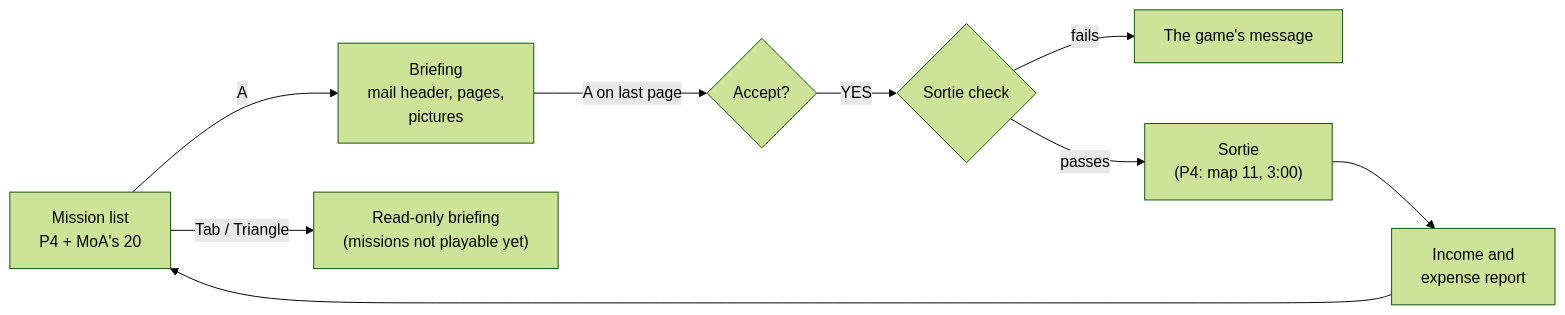
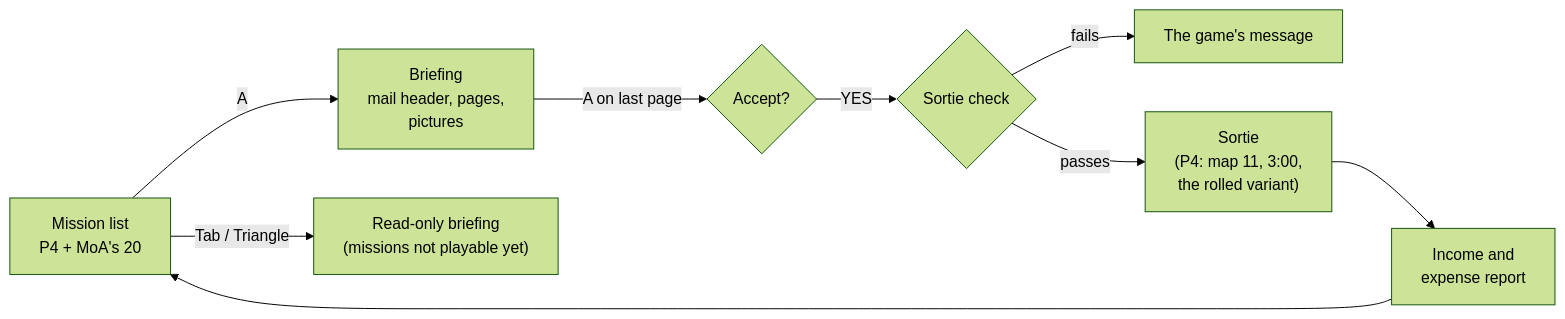
One commit to Hatdagger/Armored-CoreR changed the fourth of 4 diagrams in docs/MISSIONS.md. Above: the diagram before and after it, drawn with Mermaid (forest theme). The commit also changed other lines of this file and 13 other files, not shown here.

````diff
--- a/docs/MISSIONS.md
+++ b/docs/MISSIONS.md
@@ -163,11 +163,11 @@
 ```mermaid
 flowchart LR
     L["Mission list<br/>P4 + MoA's 20"] -->|A| B["Briefing<br/>mail header, pages,<br/>pictures"]
     L -->|Tab / Triangle| R["Read-only briefing<br/>(missions not playable yet)"]
     B -->|A on last page| Q{"Accept?"}
     Q -->|YES| C{"Sortie check"}
     C -->|fails| M["The game's message"]
-    C -->|passes| F["Sortie<br/>(P4: map 11, 3:00)"]
+    C -->|passes| F["Sortie<br/>(P4: map 11, 3:00,<br/>the rolled variant)"]
     F --> X["Income and<br/>expense report"]
     X --> L
 ```
````
